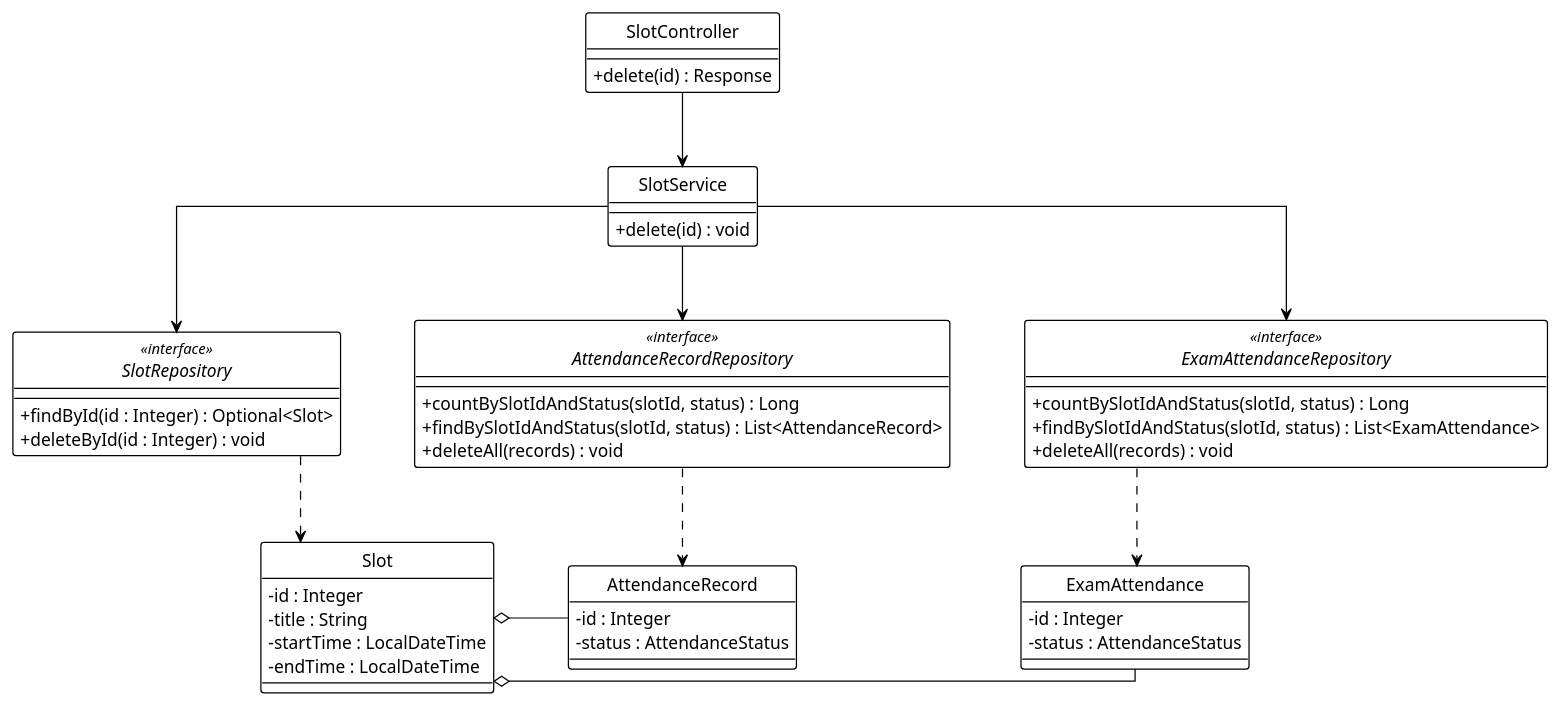
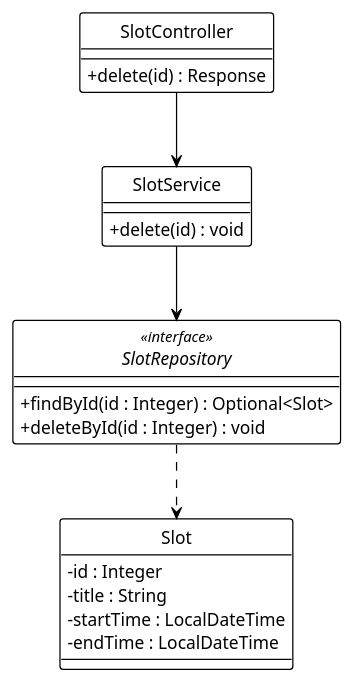
The diagram in system_detailed_design/37_delete_slot/class_diagram_delete_slot.puml (Ndh474/context), drawn with PlantUML before and after one commit. The commit also changed 9 other files, not shown here.

```diff
--- a/system_detailed_design/37_delete_slot/class_diagram_delete_slot.puml
+++ b/system_detailed_design/37_delete_slot/class_diagram_delete_slot.puml
@@ -1,72 +1,42 @@
 @startuml delete_slot
 !theme plain
 hide circle
 skinparam classAttributeIconSize 0
 
 ' --- CẤU HÌNH "ORTHO" (BẮT BUỘC) ---
 skinparam linetype ortho
 skinparam nodesep 60
 skinparam ranksep 60
 
 ' --- CONTROLLER ---
 class SlotController {
   + delete(id) : Response
 }
 
 ' --- SERVICE ---
 class SlotService {
   + delete(id) : void
 }
 
 ' --- REPOSITORY ---
 interface SlotRepository <<interface>> {
   + findById(id : Integer) : Optional<Slot>
   + deleteById(id : Integer) : void
 }
 
-interface AttendanceRecordRepository <<interface>> {
-  + countBySlotIdAndStatus(slotId, status) : Long
-  + findBySlotIdAndStatus(slotId, status) : List<AttendanceRecord>
-  + deleteAll(records) : void
-}
-
-interface ExamAttendanceRepository <<interface>> {
-  + countBySlotIdAndStatus(slotId, status) : Long
-  + findBySlotIdAndStatus(slotId, status) : List<ExamAttendance>
-  + deleteAll(records) : void
-}
-
 ' --- ENTITIES ---
 class Slot {
   - id : Integer
   - title : String
   - startTime : LocalDateTime
   - endTime : LocalDateTime
 }
 
-class AttendanceRecord {
-  - id : Integer
-  - status : AttendanceStatus
-}
-
-class ExamAttendance {
-  - id : Integer
-  - status : AttendanceStatus
-}
-
 ' --- DEPENDENCY INJECTION (Association) ---
 SlotController -down-> SlotService
 SlotService -down-> SlotRepository
-SlotService -down-> AttendanceRecordRepository
-SlotService -down-> ExamAttendanceRepository
 
 ' --- REPOSITORY USAGE (Dependency) ---
 SlotRepository .down.> Slot
-AttendanceRecordRepository .down.> AttendanceRecord
-ExamAttendanceRepository .down.> ExamAttendance
-
-' --- ENTITY RELATIONSHIPS (Aggregation) ---
-Slot o-right- AttendanceRecord
-Slot o-right- ExamAttendance
 
 @enduml
```
